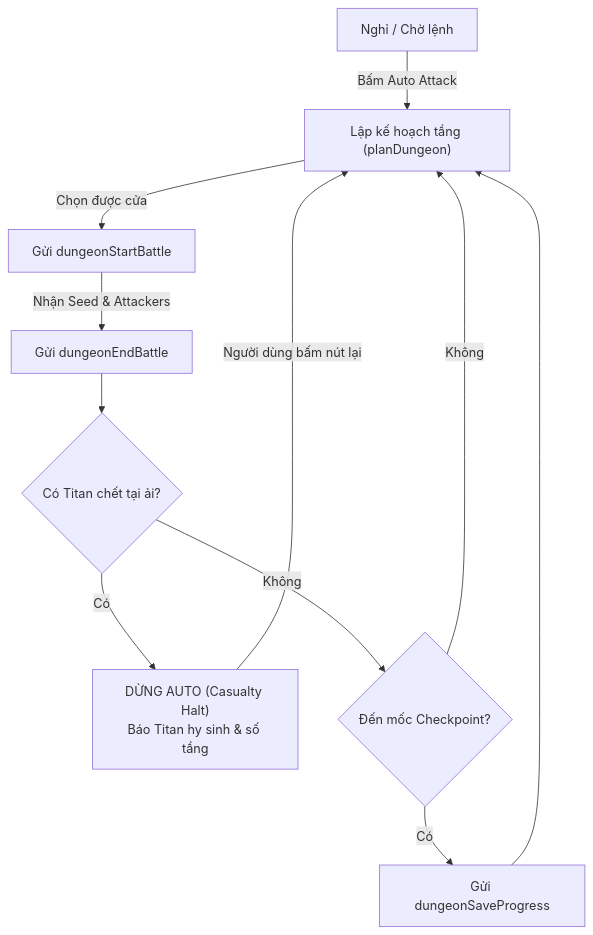
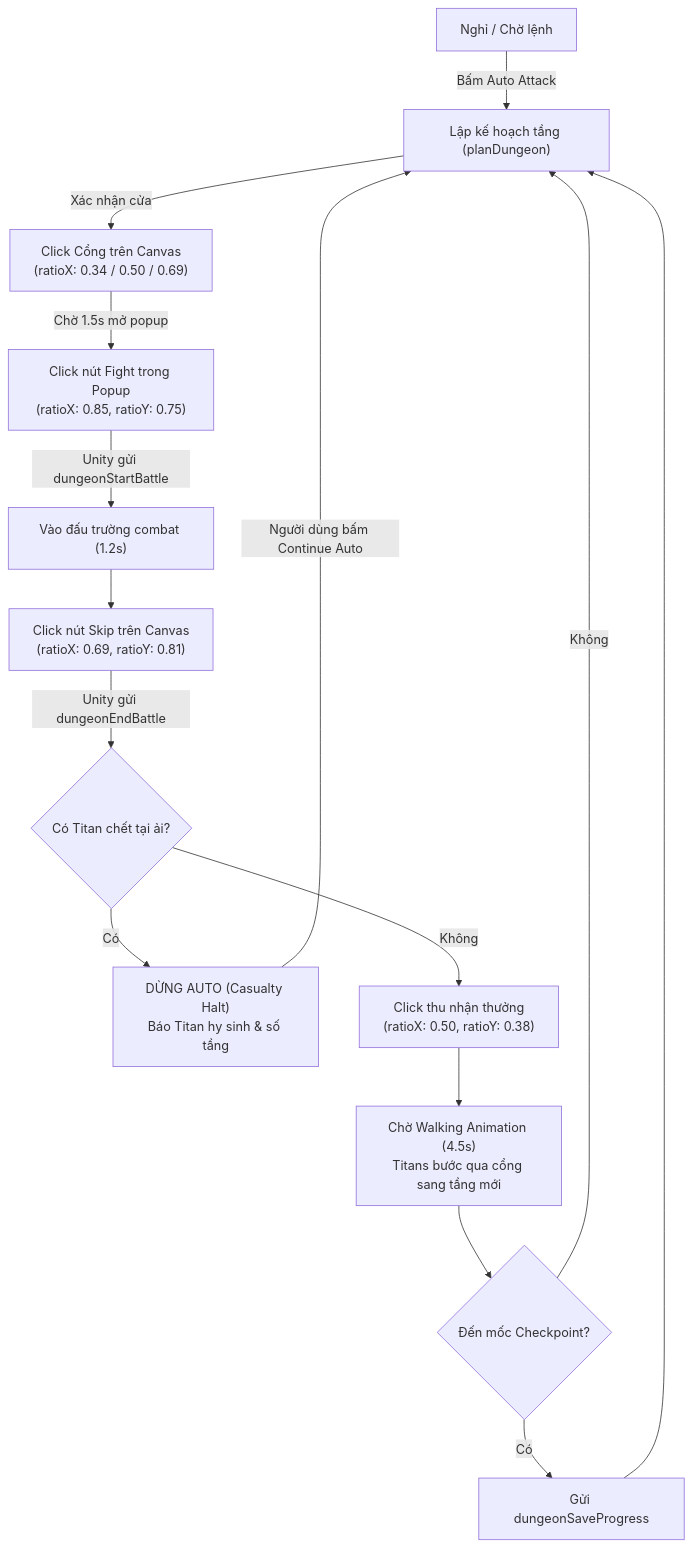
Before and after one commit to vplghost/VPL-HWA-Ext: the diagram in docs/dungeon-automation.md, drawn with Mermaid. The commit also changed other lines of this file and 14 other files, not shown here.

First line of the commit message:
feat(dungeon): canvas trigger and animation delay

````diff
--- a/docs/dungeon-automation.md
+++ b/docs/dungeon-automation.md
@@ -103,13 +118,17 @@
 ```mermaid
 flowchart TD
     Idle["Nghỉ / Chờ lệnh"] -->|Bấm Auto Attack| Plan["Lập kế hoạch tầng (planDungeon)"]
-    Plan -->|Chọn được cửa| StartBattle["Gửi dungeonStartBattle"]
-    StartBattle -->|Nhận Seed & Attackers| EndBattle["Gửi dungeonEndBattle"]
-    EndBattle --> CheckCasualty{"Có Titan chết tại ải?"}
+    Plan -->|Xác nhận cửa| ClickGate["Click Cổng trên Canvas<br>(ratioX: 0.34 / 0.50 / 0.69)"]
+    ClickGate -->|Chờ 1.5s mở popup| ClickFight["Click nút Fight trong Popup<br>(ratioX: 0.85, ratioY: 0.75)"]
+    ClickFight -->|Unity gửi dungeonStartBattle| ArenaWait["Vào đấu trường combat (1.2s)"]
+    ArenaWait --> ClickSkip["Click nút Skip trên Canvas<br>(ratioX: 0.69, ratioY: 0.81)"]
+    ClickSkip -->|Unity gửi dungeonEndBattle| CheckCasualty{"Có Titan chết tại ải?"}
     CheckCasualty -- Có --> Halt["DỪNG AUTO (Casualty Halt)<br>Báo Titan hy sinh & số tầng"]
-    Halt -->|Người dùng bấm nút lại| Plan
-    CheckCasualty -- Không --> Checkpoint{"Đến mốc Checkpoint?"}
+    Halt -->|Người dùng bấm Continue Auto| Plan
+    CheckCasualty -- Không --> Dismiss["Click thu nhận thưởng<br>(ratioX: 0.50, ratioY: 0.38)"]
+    Dismiss --> Walking["Chờ Walking Animation (4.5s)<br>Titans bước qua cổng sang tầng mới"]
+    Walking --> Checkpoint{"Đến mốc Checkpoint?"}
     Checkpoint -- Có --> Save["Gửi dungeonSaveProgress"]
     Save --> Plan
     Checkpoint -- Không --> Plan
 ```
````
